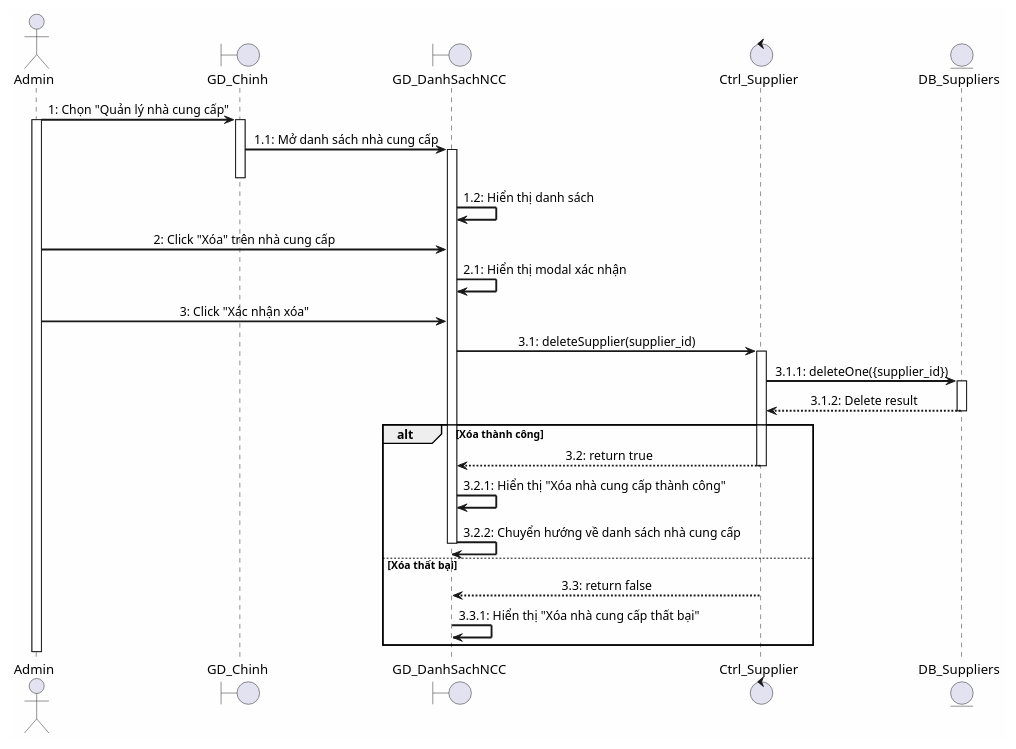
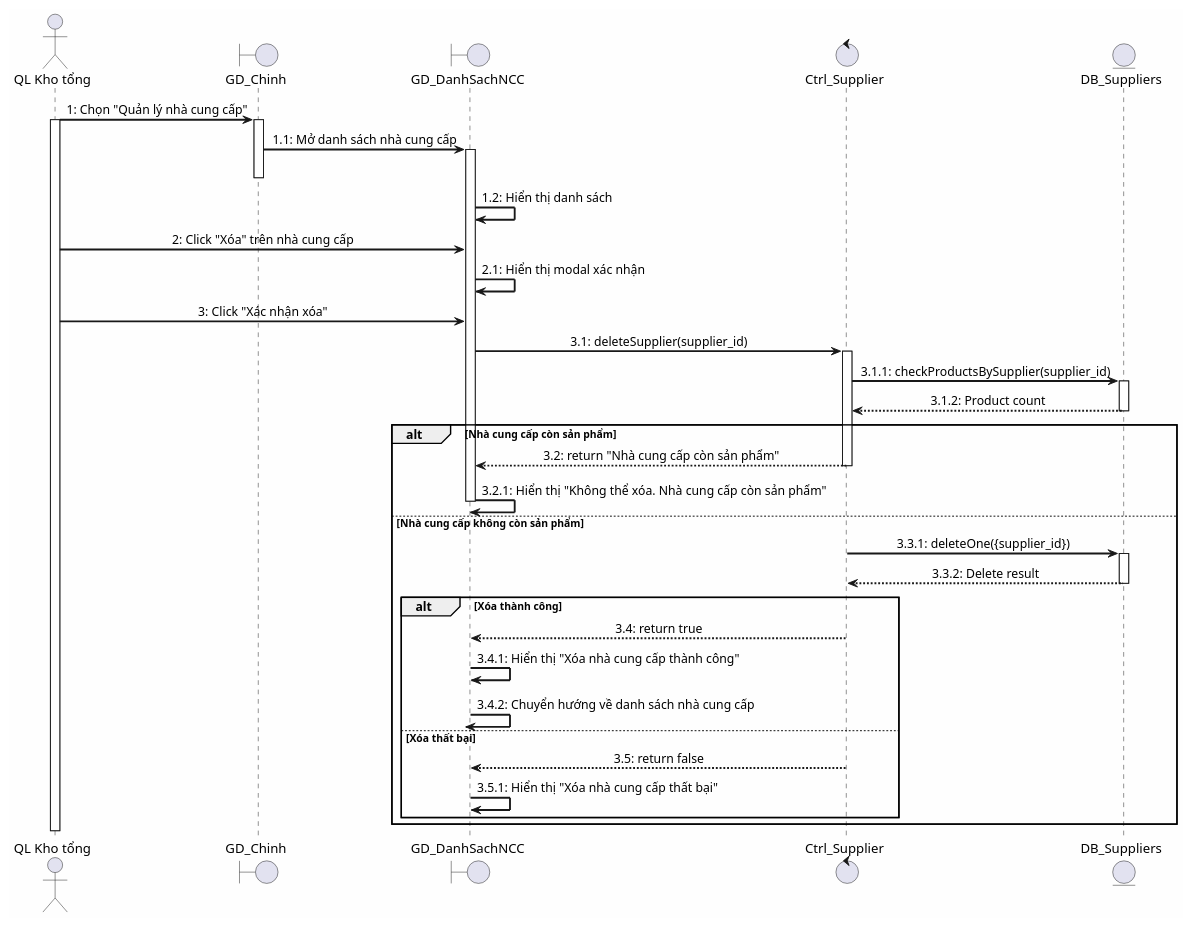
The diagram in docs/sequence_xoa_nha_cung_cap.puml (QuynhHuong03/wms), drawn with PlantUML before and after one commit. The commit also changed 28 other files, not shown here.

```diff
--- a/docs/sequence_xoa_nha_cung_cap.puml
+++ b/docs/sequence_xoa_nha_cung_cap.puml
@@ -1,55 +1,69 @@
 @startuml Xóa Nhà Cung Cấp
 
 ' Cấu hình giao diện
 skinparam sequenceMessageAlign center
 skinparam backgroundColor #FEFEFE
 skinparam sequenceArrowThickness 2
 
-actor "Admin" as Admin
+actor "QL Kho tổng" as Admin
 boundary "GD_Chinh" as MainGUI
 boundary "GD_DanhSachNCC" as ListView
 control "Ctrl_Supplier" as Controller
 entity "DB_Suppliers" as SupplierDB
 
 Admin -> MainGUI: 1: Chọn "Quản lý nhà cung cấp"
 activate Admin
 activate MainGUI
 
 MainGUI -> ListView: 1.1: Mở danh sách nhà cung cấp
 activate ListView
 deactivate MainGUI
 
 ListView -> ListView: 1.2: Hiển thị danh sách
 
 Admin -> ListView: 2: Click "Xóa" trên nhà cung cấp
 
 ListView -> ListView: 2.1: Hiển thị modal xác nhận
 
 Admin -> ListView: 3: Click "Xác nhận xóa"
 
 ListView -> Controller: 3.1: deleteSupplier(supplier_id)
 activate Controller
 
-Controller -> SupplierDB: 3.1.1: deleteOne({supplier_id})
+Controller -> SupplierDB: 3.1.1: checkProductsBySupplier(supplier_id)
 activate SupplierDB
 
-SupplierDB --> Controller: 3.1.2: Delete result
+SupplierDB --> Controller: 3.1.2: Product count
 deactivate SupplierDB
 
-alt Xóa thành công
-    Controller --> ListView: 3.2: return true
+alt Nhà cung cấp còn sản phẩm
+    Controller --> ListView: 3.2: return "Nhà cung cấp còn sản phẩm"
     deactivate Controller
     
-    ListView -> ListView: 3.2.1: Hiển thị "Xóa nhà cung cấp thành công"
+    ListView -> ListView: 3.2.1: Hiển thị "Không thể xóa. Nhà cung cấp còn sản phẩm"
+    deactivate ListView
+else Nhà cung cấp không còn sản phẩm
+    Controller -> SupplierDB: 3.3.1: deleteOne({supplier_id})
+    activate SupplierDB
     
-    ListView -> ListView: 3.2.2: Chuyển hướng về danh sách nhà cung cấp
-    deactivate ListView
-else Xóa thất bại
-    Controller --> ListView: 3.3: return false
-    deactivate Controller
-    ListView -> ListView: 3.3.1: Hiển thị "Xóa nhà cung cấp thất bại"
+    SupplierDB --> Controller: 3.3.2: Delete result
+    deactivate SupplierDB
+    
+    alt Xóa thành công
+        Controller --> ListView: 3.4: return true
+        deactivate Controller
+        
+        ListView -> ListView: 3.4.1: Hiển thị "Xóa nhà cung cấp thành công"
+        
+        ListView -> ListView: 3.4.2: Chuyển hướng về danh sách nhà cung cấp
+        deactivate ListView
+    else Xóa thất bại
+        Controller --> ListView: 3.5: return false
+        deactivate Controller
+        ListView -> ListView: 3.5.1: Hiển thị "Xóa nhà cung cấp thất bại"
+    end
 end
 
 deactivate Admin
 
 @enduml
```
